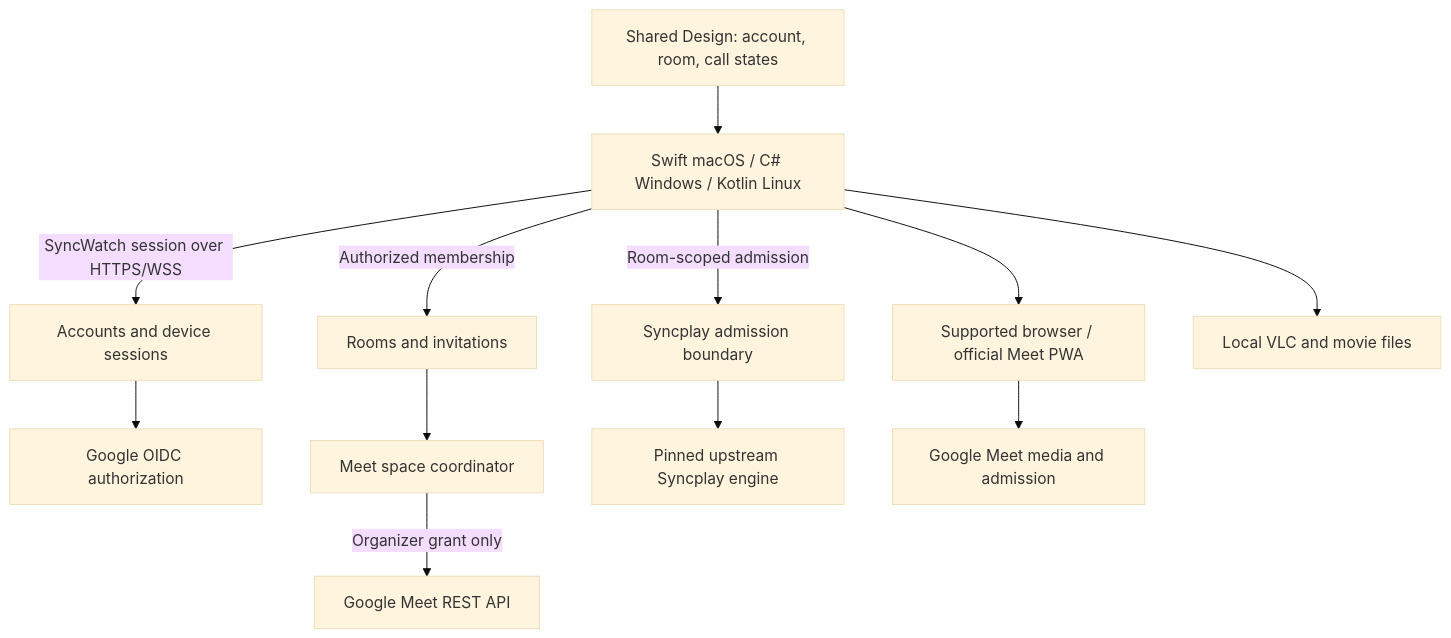
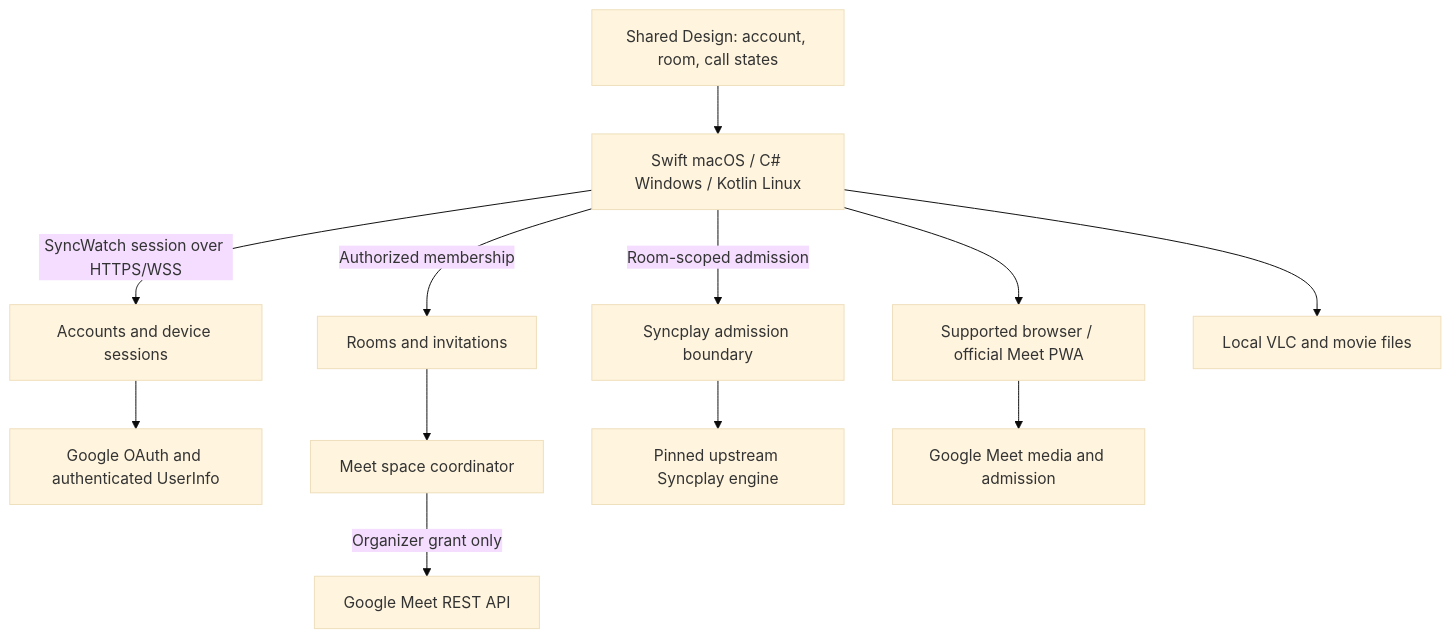
Before and after one commit to salo-group/syncwatch: the diagram in docs/architecture/accounts-and-rooms.md, drawn with Mermaid (base theme). The commit also changed other lines of this file and 14 other files, not shown here.

````diff
--- a/docs/architecture/accounts-and-rooms.md
+++ b/docs/architecture/accounts-and-rooms.md
@@ -24,14 +24,14 @@
 ```mermaid
 flowchart TB
     D[Shared Design: account, room, call states] --> C[Swift macOS / C# Windows / Kotlin Linux]
     C -->|SyncWatch session over HTTPS/WSS| A[Accounts and device sessions]
     C -->|Authorized membership| R[Rooms and invitations]
-    A --> G[Google OIDC authorization]
+    A --> G[Google OAuth and authenticated UserInfo]
     R --> M[Meet space coordinator]
     M -->|Organizer grant only| API[Google Meet REST API]
     C -->|Room-scoped admission| S[Syncplay admission boundary]
     S --> E[Pinned upstream Syncplay engine]
     C --> H[Supported browser / official Meet PWA]
     H --> MEET[Google Meet media and admission]
     C --> V[Local VLC and movie files]
 ```
````
